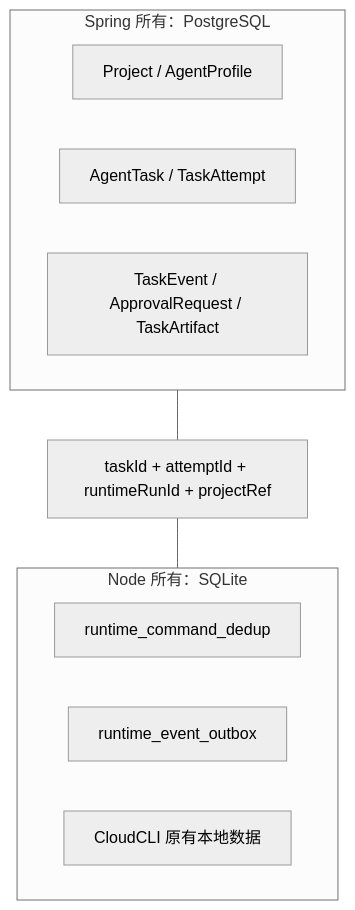
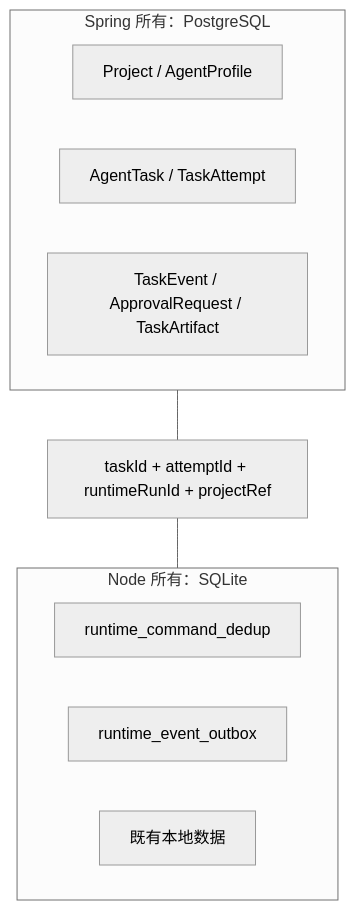
Before and after one commit to 564TeTe/ZhiShu: the second of 6 diagrams in docs/architecture.md, drawn with Mermaid (neutral theme). The commit also changed 3 other files, not shown here.

````diff
--- a/docs/architecture.md
+++ b/docs/architecture.md
@@ -67,15 +67,15 @@
 ```mermaid
 flowchart TB
     subgraph PostgreSQL["Spring 所有：PostgreSQL"]
         Project["Project / AgentProfile"]
         Task["AgentTask / TaskAttempt"]
         Event["TaskEvent / ApprovalRequest / TaskArtifact"]
     end
     subgraph SQLite["Node 所有：SQLite"]
         Dedup["runtime_command_dedup"]
         Outbox["runtime_event_outbox"]
-        Existing["CloudCLI 原有本地数据"]
+        Existing["既有本地数据"]
     end
     Correlation["taskId + attemptId + runtimeRunId + projectRef"]
     PostgreSQL --- Correlation --- SQLite
 ```
````
